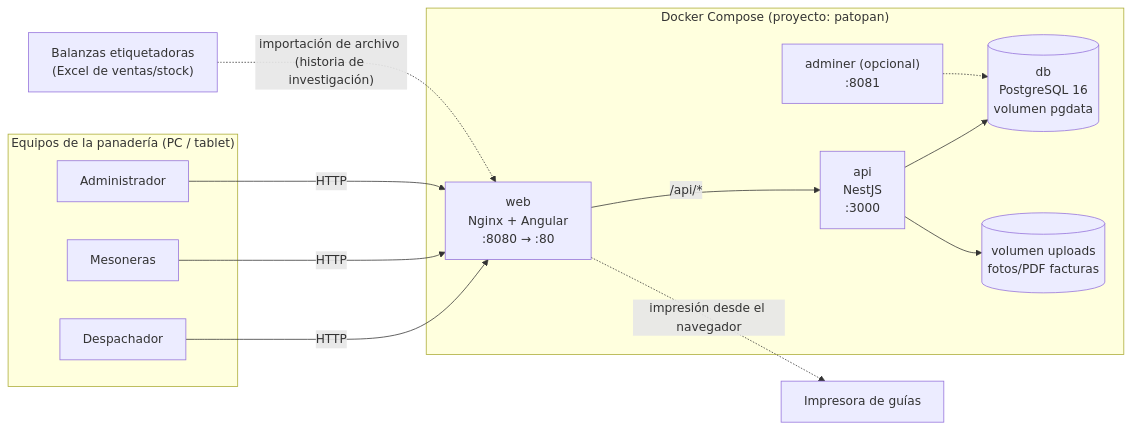
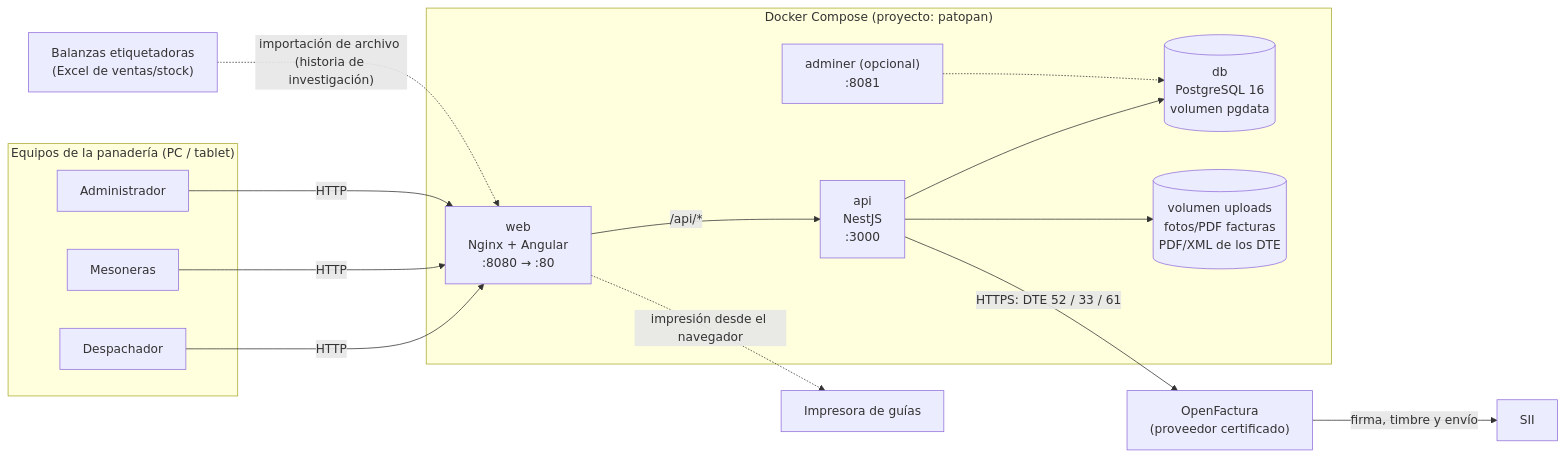
One commit to Javi3rr/proyecto-capstone changed the diagram in docs/arquitectura.md. Above: the diagram before and after it, drawn with Mermaid. The commit also changed other lines of this file and 2 other files, not shown here.

First line of the commit message:
docs: bitácora, README y arquitectura al día con los documentos electrónicos

````diff
--- a/docs/arquitectura.md
+++ b/docs/arquitectura.md
@@ -23,27 +23,31 @@
 ```mermaid
 flowchart LR
     subgraph Equipo["Equipos de la panadería (PC / tablet)"]
         U1["Despachador"]
         U2["Mesoneras"]
         U3["Administrador"]
     end
 
     subgraph Docker["Docker Compose (proyecto: patopan)"]
         WEB["web<br/>Nginx + Angular<br/>:8080 → :80"]
         API["api<br/>NestJS<br/>:3000"]
         DB[("db<br/>PostgreSQL 16<br/>volumen pgdata")]
-        UP[("volumen uploads<br/>fotos/PDF facturas")]
+        UP[("volumen uploads<br/>fotos/PDF facturas<br/>PDF/XML de los DTE")]
         ADM["adminer (opcional)<br/>:8081"]
     end
 
     BAL["Balanzas etiquetadoras<br/>(Excel de ventas/stock)"]
     IMP["Impresora de guías"]
+    PROV["OpenFactura<br/>(proveedor certificado)"]
+    SII["SII"]
 
     U1 & U2 & U3 -->|HTTP| WEB
     WEB -->|"/api/*"| API
     API --> DB
     API --> UP
+    API -->|"HTTPS: DTE 52 / 33 / 61"| PROV
+    PROV -->|"firma, timbre y envío"| SII
     ADM -.-> DB
     BAL -.->|"importación de archivo (historia de investigación)"| WEB
     WEB -.->|"impresión desde el navegador"| IMP
 ```
````
